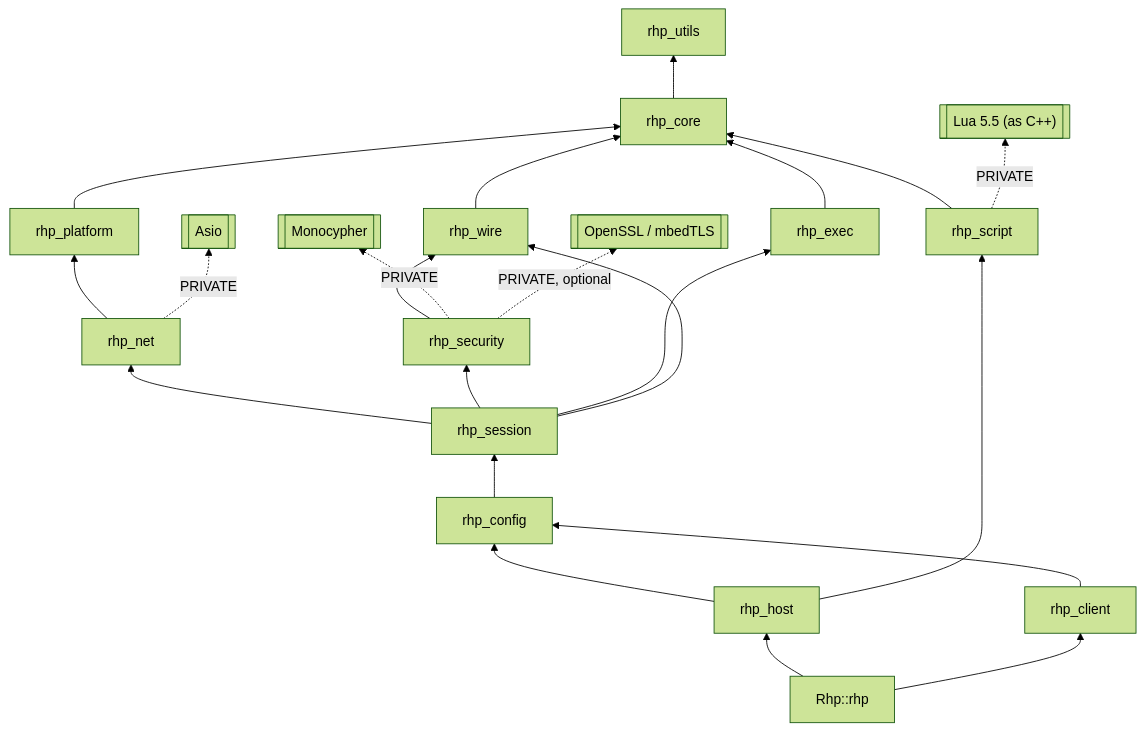
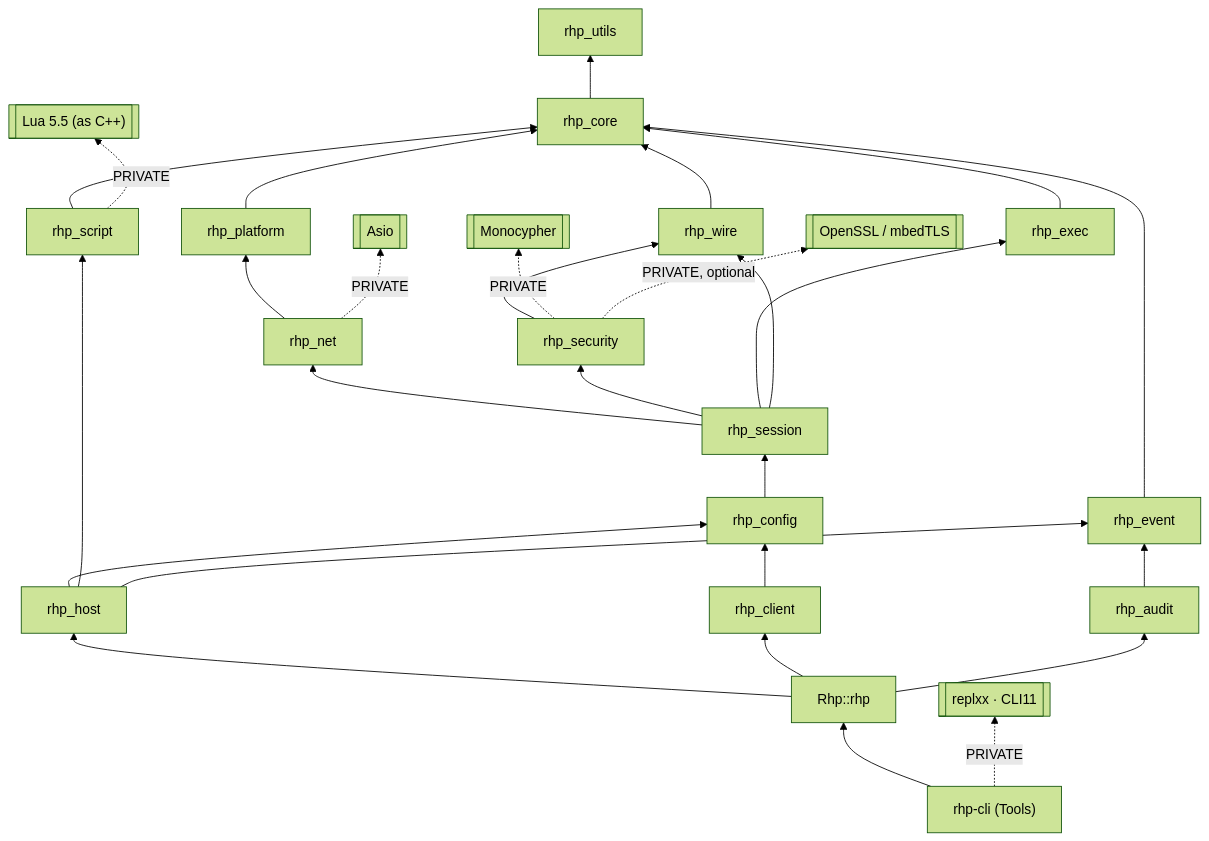
One commit to tonytranrp/RHP changed diagram 13 of 15 in Docs/ARCHITECTURE.md. Above: the diagram before and after it, drawn with Mermaid (forest theme). The commit also changed other lines of this file and 19 other files, not shown here.

````diff
--- a/Docs/ARCHITECTURE.md
+++ b/Docs/ARCHITECTURE.md
@@ -920,25 +928,31 @@
 ```mermaid
 flowchart BT
     utils["rhp_utils"]
     core["rhp_core"] --> utils
     platform["rhp_platform"] --> core
     wire["rhp_wire"] --> core
     script["rhp_script"] --> core
     script -. PRIVATE .-> lua[["Lua 5.5 (as C++)"]]
     net["rhp_net"] --> platform
     net -. PRIVATE .-> asio[["Asio"]]
     sec["rhp_security"] --> wire
     sec -. PRIVATE .-> mono[["Monocypher"]]
     sec -. PRIVATE, optional .-> tls[["OpenSSL / mbedTLS"]]
     exec["rhp_exec"] --> core
     session["rhp_session"] --> net
     session --> sec
     session --> exec
     session --> wire
     config["rhp_config"] --> session
     host["rhp_host"] --> config
     host --> script
+    event["rhp_event"] --> core
+    audit["rhp_audit"] --> event
+    host --> event
     client["rhp_client"] --> config
     rhp["Rhp::rhp"] --> host
     rhp --> client
+    rhp --> audit
+    cli["rhp-cli (Tools)"] --> rhp
+    cli -. PRIVATE .-> rx[["replxx · CLI11"]]
 ```
````
